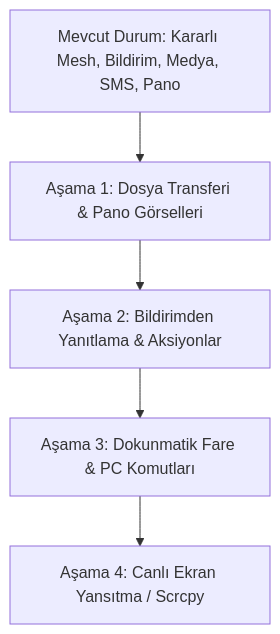
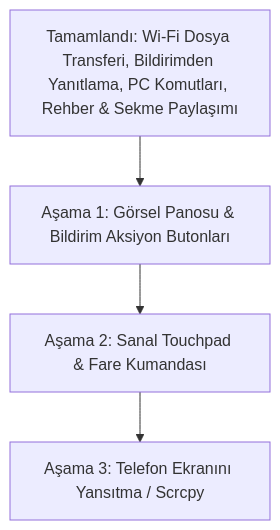
One commit to bysinbin/android-sync changed the diagram in FEATURE_COMPARISON.md. Above: the diagram before and after it, drawn with Mermaid. The commit also changed other lines of this file and 10 other files, not shown here.

````diff
--- a/FEATURE_COMPARISON.md
+++ b/FEATURE_COMPARISON.md
@@ -129,7 +131,6 @@
 ```mermaid
 graph TD
-    A[Mevcut Durum: Kararlı Mesh, Bildirim, Medya, SMS, Pano] --> B[Aşama 1: Dosya Transferi & Pano Görselleri]
-    B --> C[Aşama 2: Bildirimden Yanıtlama & Aksiyonlar]
-    C --> D[Aşama 3: Dokunmatik Fare & PC Komutları]
-    D --> E[Aşama 4: Canlı Ekran Yansıtma / Scrcpy]
+    A[Tamamlandı: Wi-Fi Dosya Transferi, Bildirimden Yanıtlama, PC Komutları, Rehber & Sekme Paylaşımı] --> B[Aşama 1: Görsel Panosu & Bildirim Aksiyon Butonları]
+    B --> C[Aşama 2: Sanal Touchpad & Fare Kumandası]
+    C --> D[Aşama 3: Telefon Ekranını Yansıtma / Scrcpy]
 ```
````
